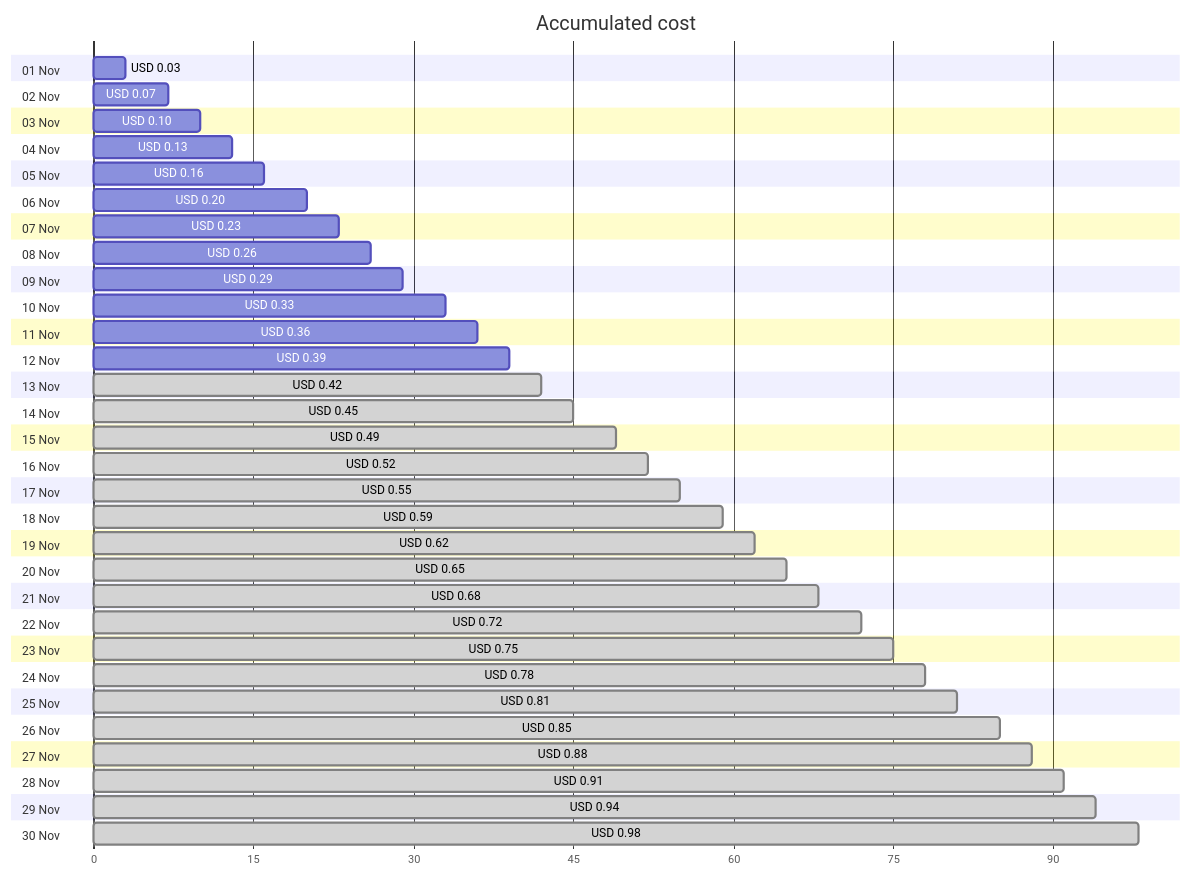
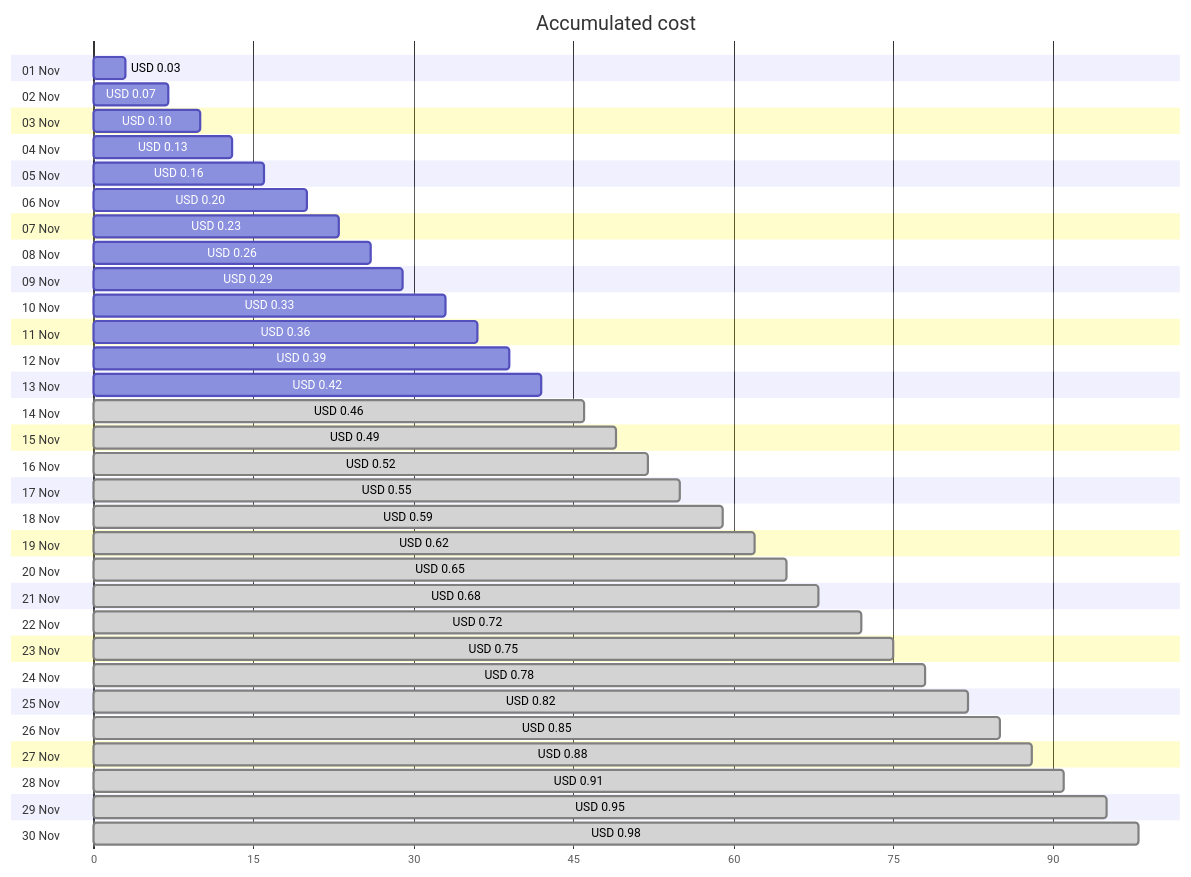
The first of 4 diagrams in cost-reports/personal-dns/README.md (jpfulton/azure-personal-reports), drawn with Mermaid before and after one commit. The commit also changed other lines of this file and 2 other files, not shown here.

````diff
--- a/cost-reports/personal-dns/README.md
+++ b/cost-reports/personal-dns/README.md
@@ -20,66 +20,66 @@
 ```mermaid
 gantt
    title Accumulated cost
    dateFormat  X
    axisFormat %s
    section 01 Nov
    USD 0.03 :0, 3
    section 02 Nov
    USD 0.07 :0, 7
    section 03 Nov
    USD 0.10 :0, 10
    section 04 Nov
    USD 0.13 :0, 13
    section 05 Nov
    USD 0.16 :0, 16
    section 06 Nov
    USD 0.20 :0, 20
    section 07 Nov
    USD 0.23 :0, 23
    section 08 Nov
    USD 0.26 :0, 26
    section 09 Nov
    USD 0.29 :0, 29
    section 10 Nov
    USD 0.33 :0, 33
    section 11 Nov
    USD 0.36 :0, 36
    section 12 Nov
    USD 0.39 :0, 39
    section 13 Nov
-   USD 0.42 : done, 0, 42
+   USD 0.42 :0, 42
    section 14 Nov
-   USD 0.45 : done, 0, 45
+   USD 0.46 : done, 0, 46
    section 15 Nov
    USD 0.49 : done, 0, 49
    section 16 Nov
    USD 0.52 : done, 0, 52
    section 17 Nov
    USD 0.55 : done, 0, 55
    section 18 Nov
    USD 0.59 : done, 0, 59
    section 19 Nov
    USD 0.62 : done, 0, 62
    section 20 Nov
    USD 0.65 : done, 0, 65
    section 21 Nov
    USD 0.68 : done, 0, 68
    section 22 Nov
    USD 0.72 : done, 0, 72
    section 23 Nov
    USD 0.75 : done, 0, 75
    section 24 Nov
    USD 0.78 : done, 0, 78
    section 25 Nov
-   USD 0.81 : done, 0, 81
+   USD 0.82 : done, 0, 82
    section 26 Nov
    USD 0.85 : done, 0, 85
    section 27 Nov
    USD 0.88 : done, 0, 88
    section 28 Nov
    USD 0.91 : done, 0, 91
    section 29 Nov
-   USD 0.94 : done, 0, 94
+   USD 0.95 : done, 0, 95
    section 30 Nov
    USD 0.98 : done, 0, 98
 ```
````
